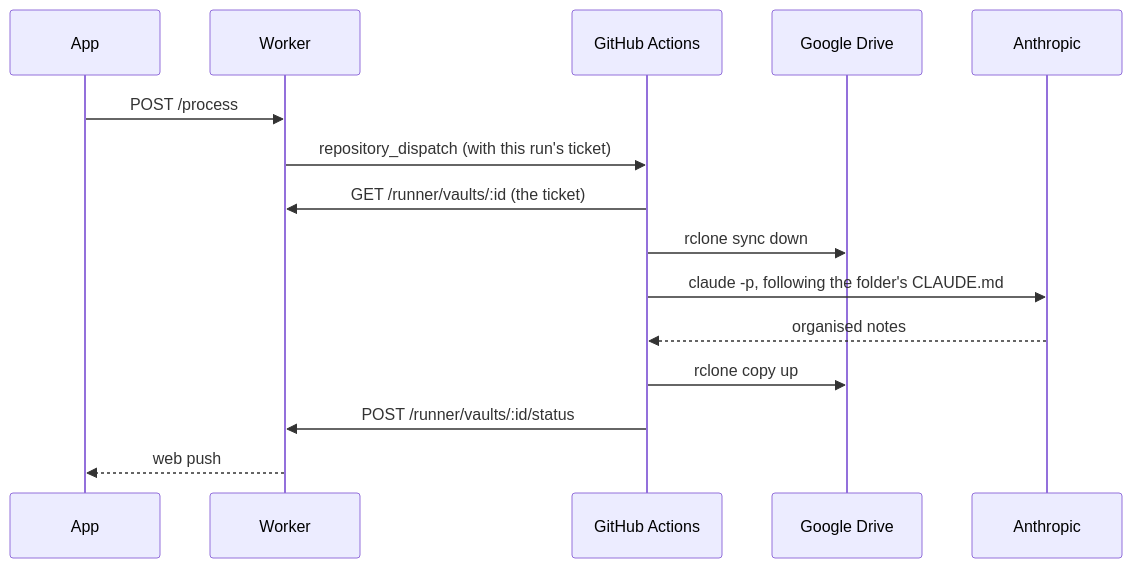
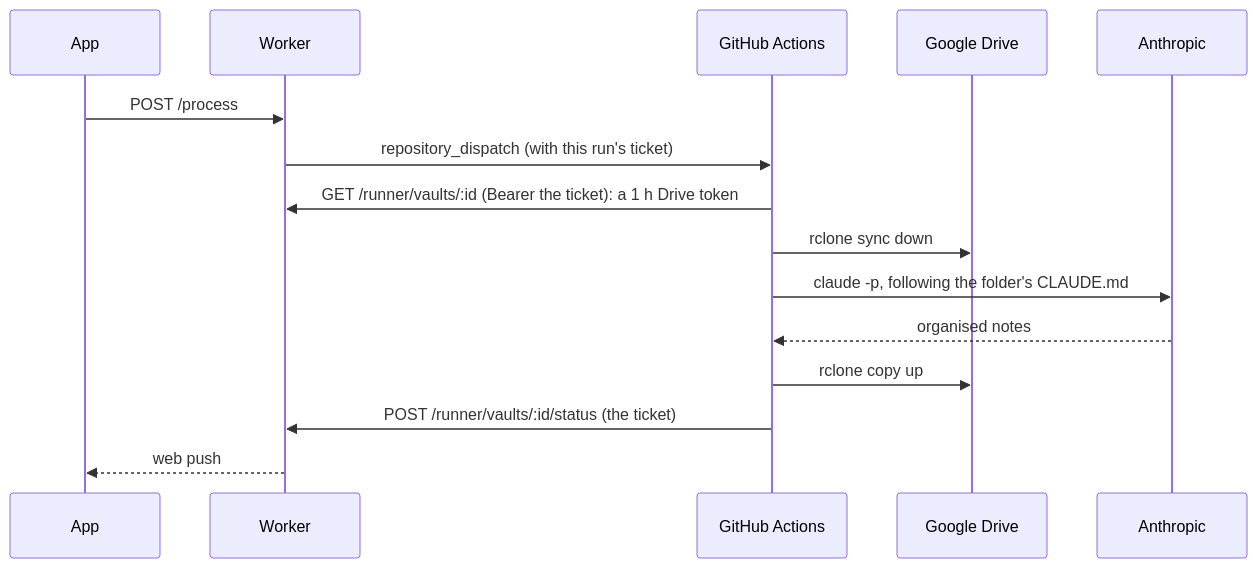
The second of 2 diagrams in README.md (deluispablo/bower), drawn with Mermaid before and after one commit. The commit also changed other lines of this file and 14 other files, not shown here.

````diff
--- a/README.md
+++ b/README.md
@@ -142,17 +152,17 @@
 ```mermaid
 sequenceDiagram
     participant App
     participant Worker
     participant Actions as GitHub Actions
     participant Drive as Google Drive
     participant Anthropic
     App->>Worker: POST /process
     Worker->>Actions: repository_dispatch (with this run's ticket)
-    Actions->>Worker: GET /runner/vaults/:id (the ticket)
+    Actions->>Worker: GET /runner/vaults/:id (Bearer the ticket): a 1 h Drive token
     Actions->>Drive: rclone sync down
     Actions->>Anthropic: claude -p, following the folder's CLAUDE.md
     Anthropic-->>Actions: organised notes
     Actions->>Drive: rclone copy up
-    Actions->>Worker: POST /runner/vaults/:id/status
+    Actions->>Worker: POST /runner/vaults/:id/status (the ticket)
     Worker-->>App: web push
 ```
````
